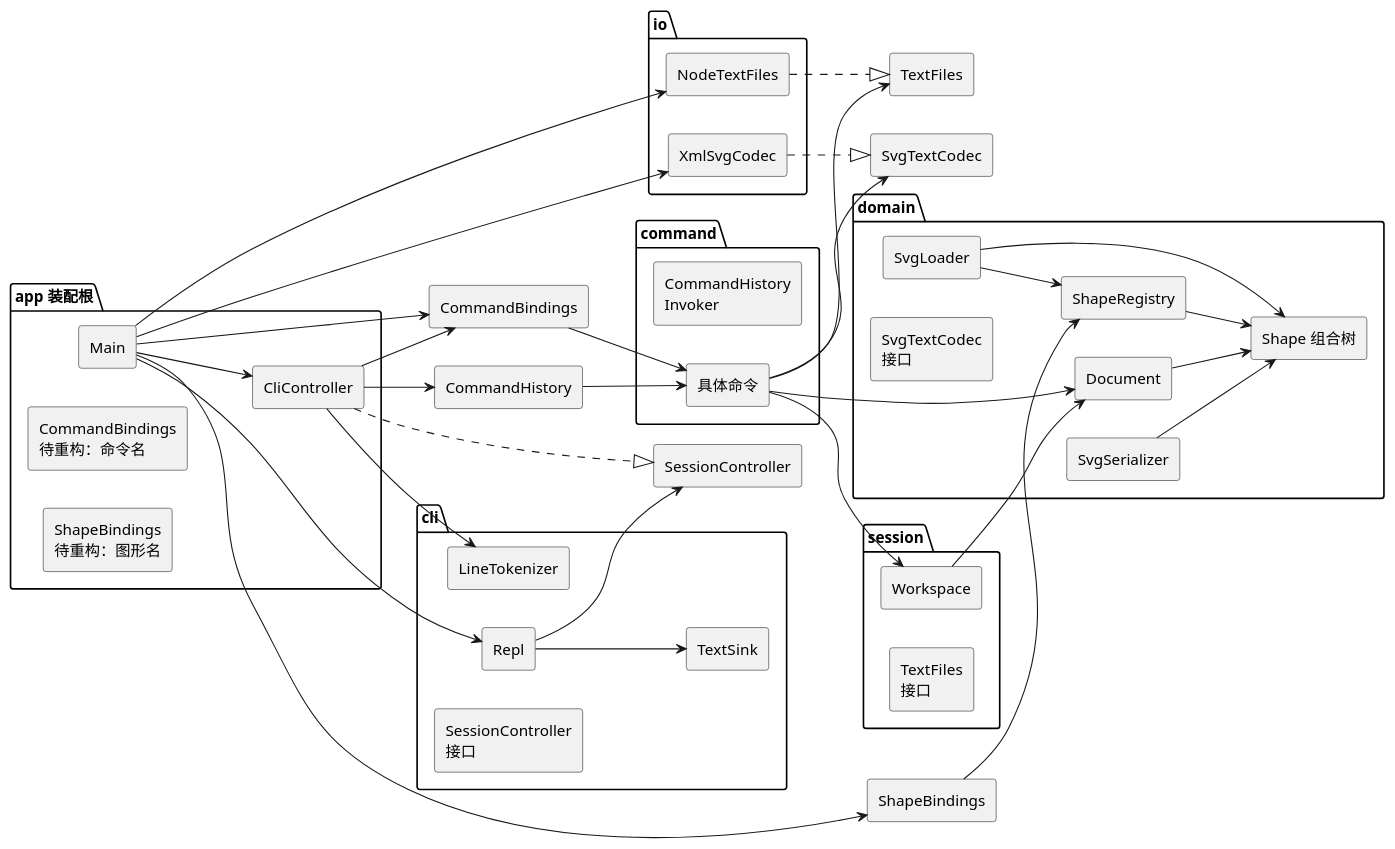
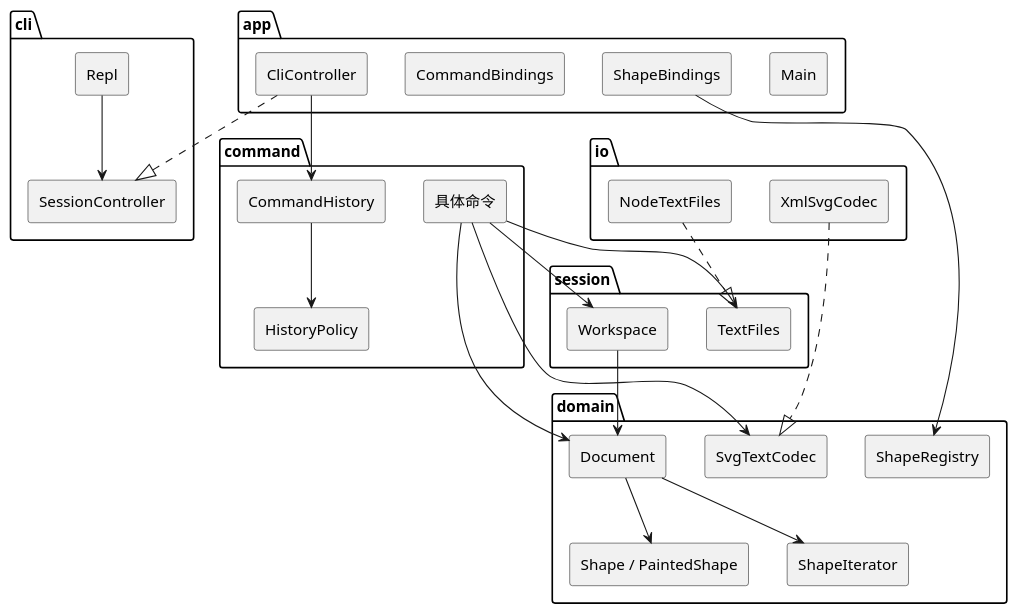
Before and after one commit to Iridescentttttt/SVGEditor: the diagram in doc/README.md, drawn with PlantUML. The commit also changed other lines of this file and 38 other files, not shown here.

````diff
--- a/doc/README.md
+++ b/doc/README.md
@@ -88,77 +55,52 @@
 ```plantuml
 @startuml
 skinparam componentStyle rectangle
 skinparam shadowing false
-left to right direction
 
 package "cli" {
   [Repl]
-  [LineTokenizer]
-  [SessionController\n接口]
-  [TextSink]
+  [SessionController]
 }
-
-package "app 装配根" {
+package "app" {
   [Main]
   [CliController]
-  [CommandBindings\n待重构：命令名]
-  [ShapeBindings\n待重构：图形名]
+  [CommandBindings]
+  [ShapeBindings]
 }
-
 package "command" {
-  [CommandHistory\nInvoker]
+  [CommandHistory]
+  [HistoryPolicy]
   [具体命令]
 }
-
 package "session" {
   [Workspace]
-  [TextFiles\n接口]
+  [TextFiles]
 }
-
 package "domain" {
   [Document]
-  [Shape 组合树]
+  [Shape / PaintedShape]
+  [ShapeIterator]
   [ShapeRegistry]
-  [SvgLoader]
-  [SvgSerializer]
-  [SvgTextCodec\n接口]
+  [SvgTextCodec]
 }
-
 package "io" {
   [NodeTextFiles]
   [XmlSvgCodec]
 }
 
-[Main] --> [CliController]
-[Main] --> [CommandBindings]
-[Main] --> [ShapeBindings]
-[Main] --> [Repl]
-[Main] --> [NodeTextFiles]
-[Main] --> [XmlSvgCodec]
-
 [CliController] ..|> [SessionController]
 [Repl] --> [SessionController]
-[Repl] --> [TextSink]
-[CliController] --> [LineTokenizer]
 [CliController] --> [CommandHistory]
-[CliController] --> [CommandBindings]
-
-[CommandBindings] --> [具体命令]
-[CommandHistory] --> [具体命令]
+[CommandHistory] --> [HistoryPolicy]
 [具体命令] --> [Workspace]
 [具体命令] --> [Document]
 [具体命令] --> [TextFiles]
 [具体命令] --> [SvgTextCodec]
+[Workspace] --> [Document]
+[Document] --> [Shape / PaintedShape]
+[Document] --> [ShapeIterator]
 [ShapeBindings] --> [ShapeRegistry]
-
-[Workspace] --> [Document]
-[Document] --> [Shape 组合树]
-[SvgLoader] --> [ShapeRegistry]
-[SvgLoader] --> [Shape 组合树]
-[SvgSerializer] --> [Shape 组合树]
-[ShapeRegistry] --> [Shape 组合树]
-
 [NodeTextFiles] ..|> [TextFiles]
 [XmlSvgCodec] ..|> [SvgTextCodec]
 @enduml
 ```
````
